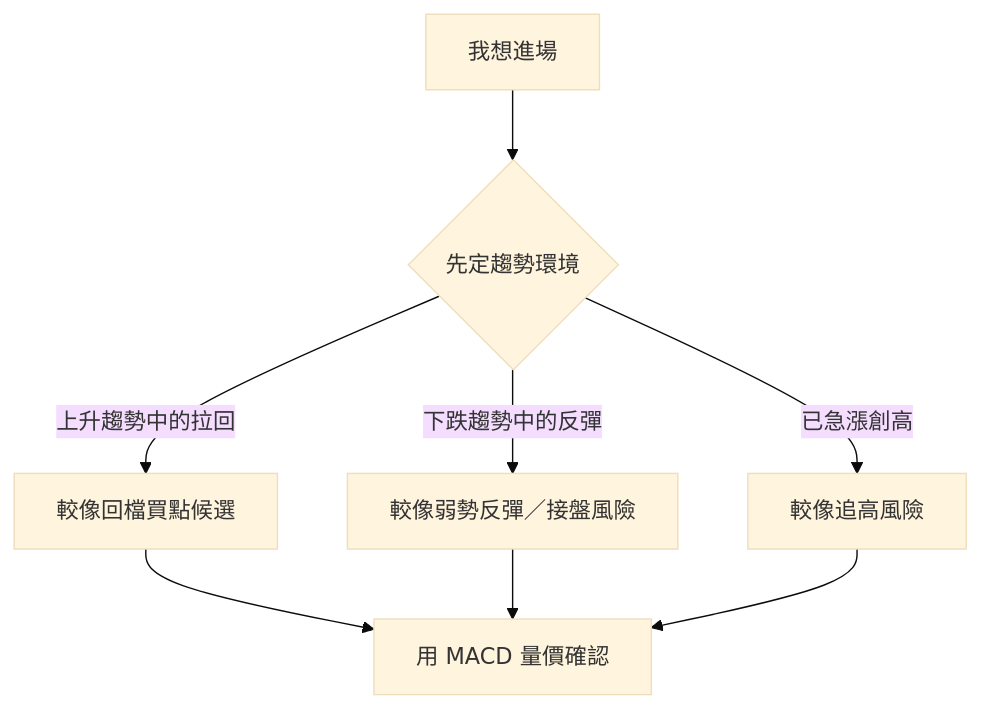
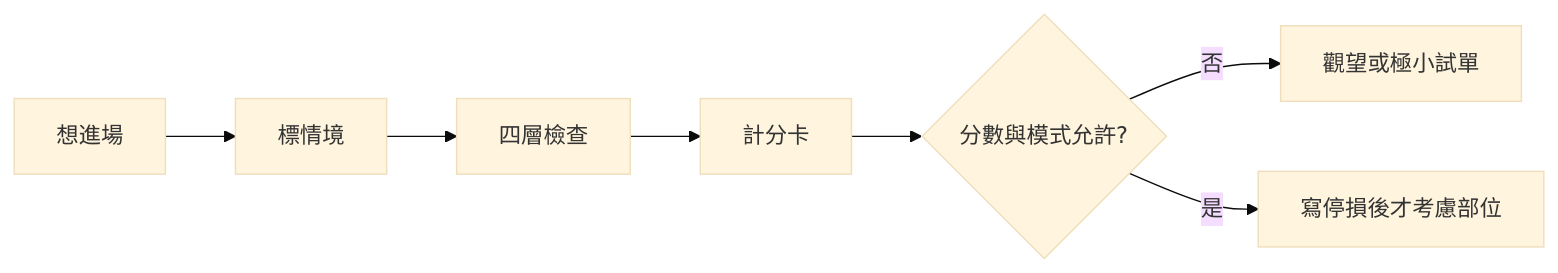
The first of 2 diagrams in docs/04-charts/catch-or-chase.md (skymiku39/stock_school), drawn with Mermaid (base theme) before and after one commit. The commit also changed other lines of this file and 20 other files, not shown here.

````diff
--- a/docs/04-charts/catch-or-chase.md
+++ b/docs/04-charts/catch-or-chase.md
@@ -24,10 +30,9 @@
 ```mermaid
-flowchart TB
-    Q[我想進場] --> T{先定趨勢環境}
-    T -->|上升趨勢中的拉回| P[較像回檔買點候選]
-    T -->|下跌趨勢中的反彈| R[較像弱勢反彈／接盤風險]
-    T -->|已急漲創高| C[較像追高風險]
-    P --> X[用 MACD 量價確認]
-    R --> X
-    C --> X
+flowchart LR
+    A[想進場] --> B[標情境]
+    B --> C[四層檢查]
+    C --> D[計分卡]
+    D --> E{分數與模式允許?}
+    E -->|否| F[觀望或極小試單]
+    E -->|是| G[寫停損後才考慮部位]
 ```
````
